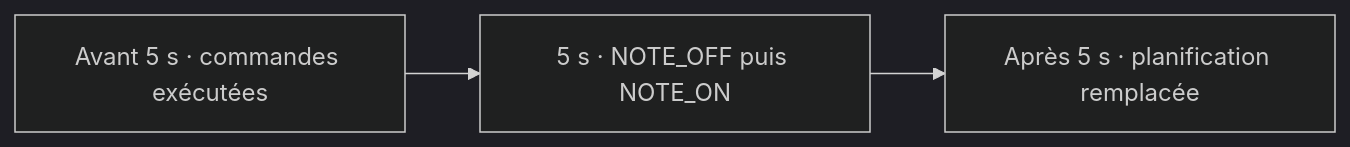
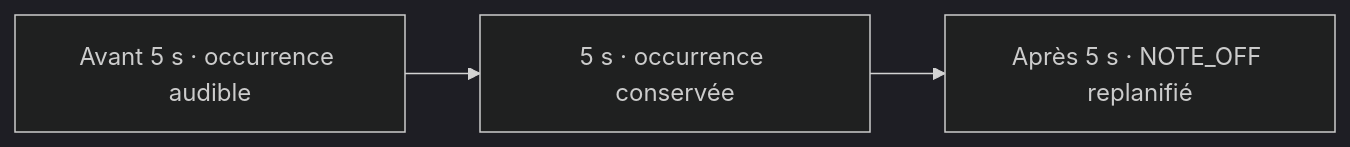
Diagram 20 of 20 in etudes-de-cas.md (LucasBertrand/pianola-doc), drawn with Mermaid (dark theme) before and after one commit. The commit also changed other lines of this file and 1 other file, not shown here.

Commit message:
Refine active note reconciliation

````diff
--- a/etudes-de-cas.md
+++ b/etudes-de-cas.md
@@ -460,5 +460,5 @@
 ```mermaid
 flowchart LR
-    Avant["Avant 5 s · commandes exécutées"] --> Borne["5 s · NOTE_OFF puis NOTE_ON"]
-    Borne --> Apres["Après 5 s · planification remplacée"]
+    Avant["Avant 5 s · occurrence audible"] --> Borne["5 s · occurrence conservée"]
+    Borne --> Apres["Après 5 s · NOTE_OFF replanifié"]
 ```
````
